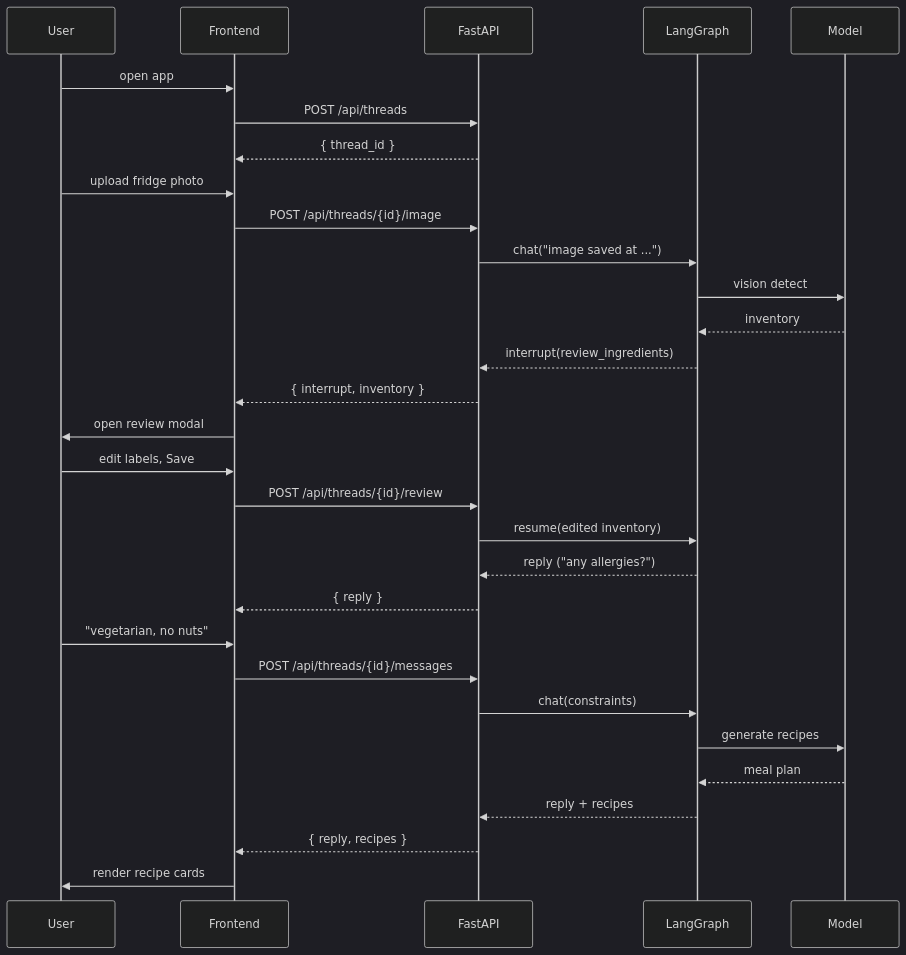
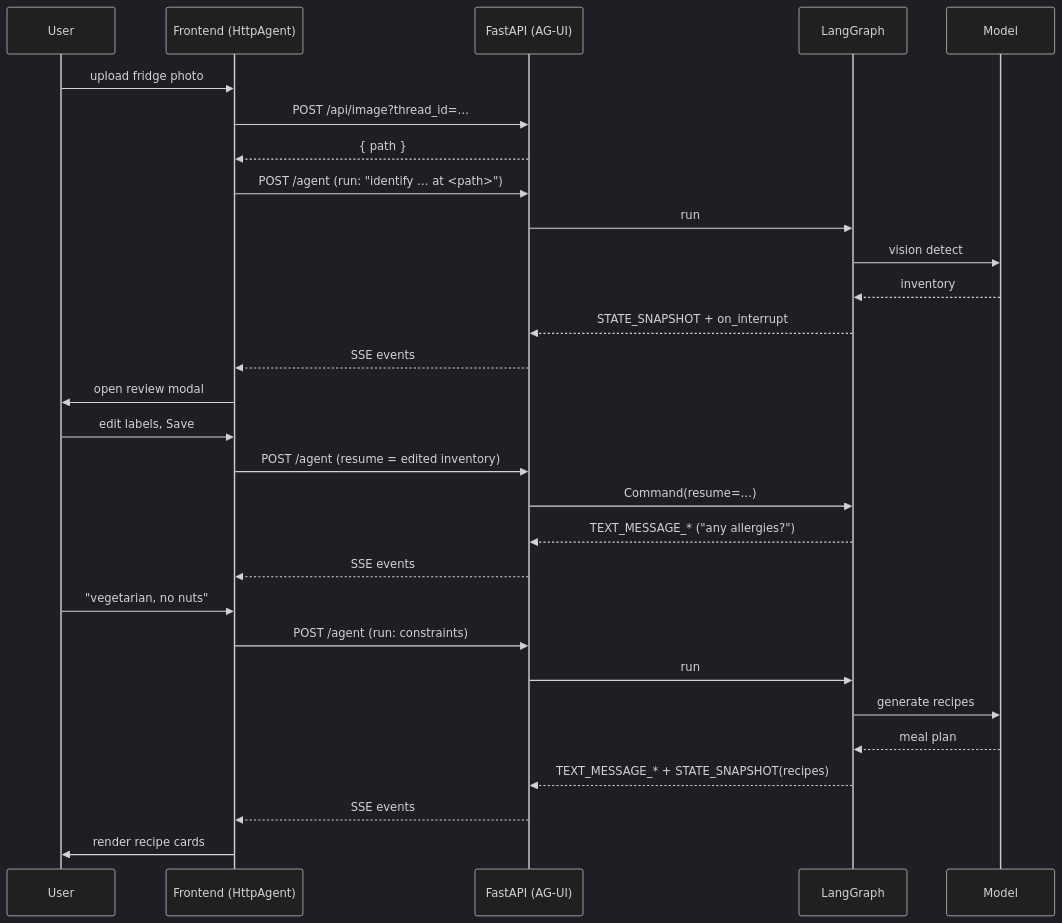
Before and after one commit to ghchen99/kitchen-copilot: the third of 3 diagrams in ARCHITECTURE.md, drawn with Mermaid (dark theme). The commit also changed other lines of this file and 14 other files, not shown here.

````diff
--- a/ARCHITECTURE.md
+++ b/ARCHITECTURE.md
@@ -173,36 +188,34 @@
 ```mermaid
 sequenceDiagram
     participant U as User
-    participant FE as Frontend
-    participant BE as FastAPI
+    participant FE as Frontend (HttpAgent)
+    participant BE as FastAPI (AG-UI)
     participant AG as LangGraph
     participant AI as Model
 
-    U->>FE: open app
-    FE->>BE: POST /api/threads
-    BE-->>FE: { thread_id }
-
     U->>FE: upload fridge photo
-    FE->>BE: POST /api/threads/{id}/image
-    BE->>AG: chat("image saved at ...")
+    FE->>BE: POST /api/image?thread_id=…
+    BE-->>FE: { path }
+    FE->>BE: POST /agent (run: "identify … at <path>")
+    BE->>AG: run
     AG->>AI: vision detect
     AI-->>AG: inventory
-    AG-->>BE: interrupt(review_ingredients)
-    BE-->>FE: { interrupt, inventory }
+    AG-->>BE: STATE_SNAPSHOT + on_interrupt
+    BE-->>FE: SSE events
     FE->>U: open review modal
 
     U->>FE: edit labels, Save
-    FE->>BE: POST /api/threads/{id}/review
-    BE->>AG: resume(edited inventory)
-    AG-->>BE: reply ("any allergies?")
-    BE-->>FE: { reply }
+    FE->>BE: POST /agent (resume = edited inventory)
+    BE->>AG: Command(resume=…)
+    AG-->>BE: TEXT_MESSAGE_* ("any allergies?")
+    BE-->>FE: SSE events
 
     U->>FE: "vegetarian, no nuts"
-    FE->>BE: POST /api/threads/{id}/messages
-    BE->>AG: chat(constraints)
+    FE->>BE: POST /agent (run: constraints)
+    BE->>AG: run
     AG->>AI: generate recipes
     AI-->>AG: meal plan
-    AG-->>BE: reply + recipes
-    BE-->>FE: { reply, recipes }
+    AG-->>BE: TEXT_MESSAGE_* + STATE_SNAPSHOT(recipes)
+    BE-->>FE: SSE events
     FE->>U: render recipe cards
 ```
````
